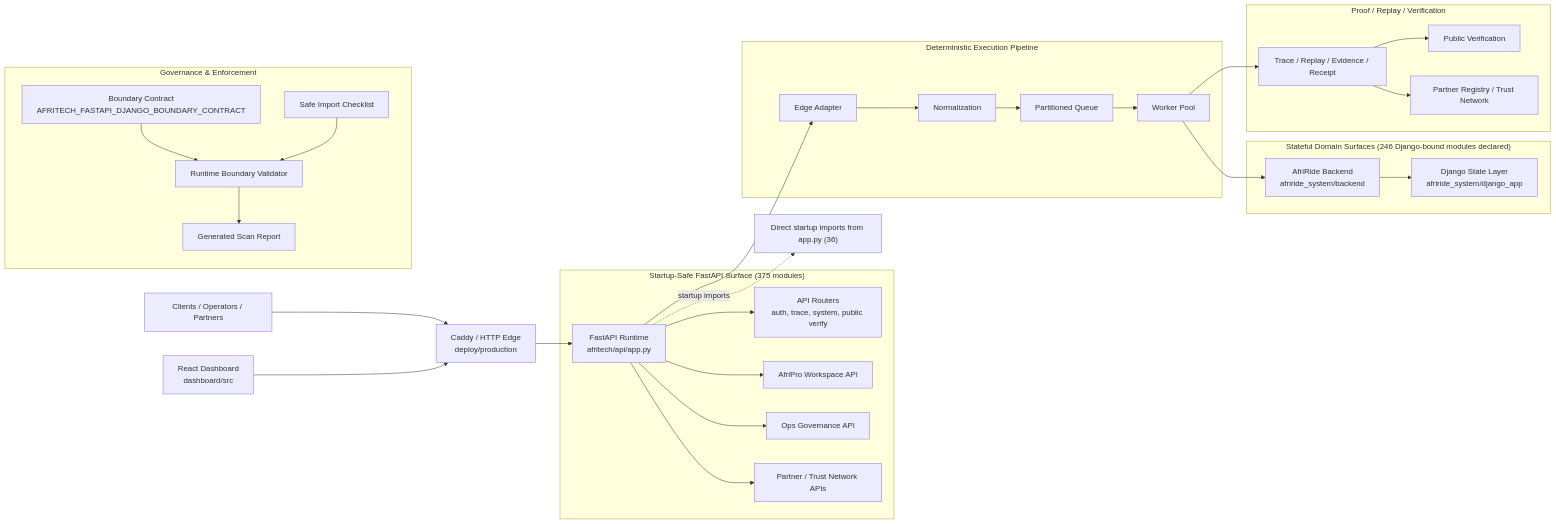
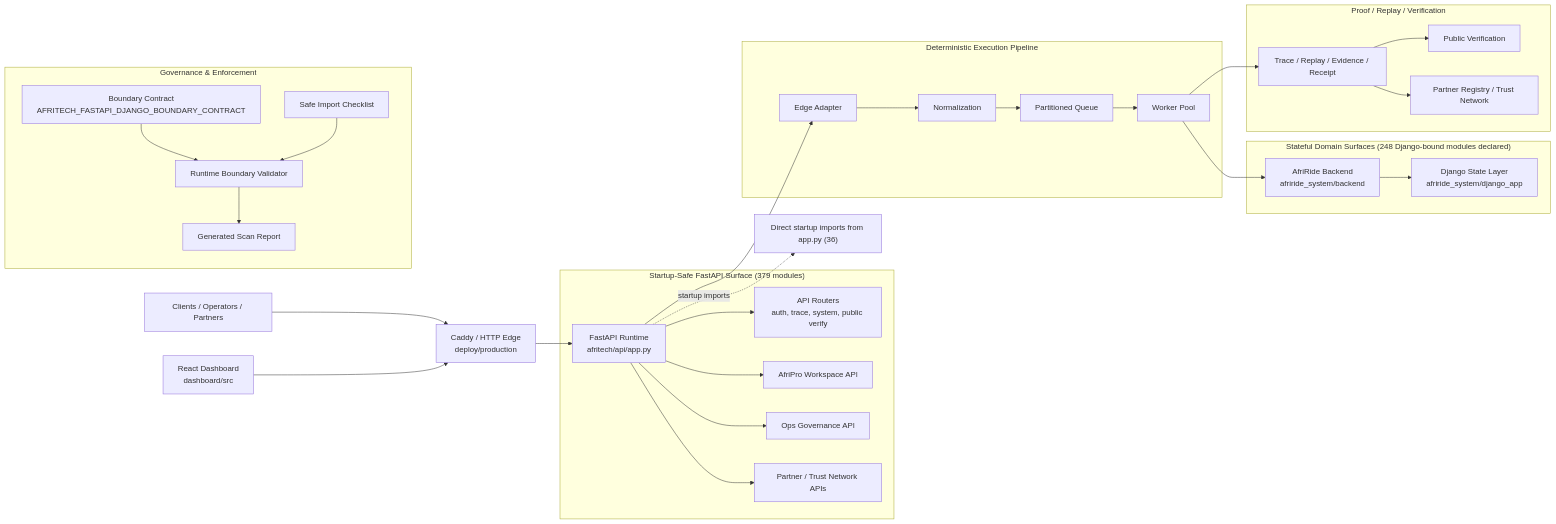
Before and after one commit to Strelly2023/afritelematics: the first of 2 diagrams in docs/architecture/AFRITECH_FULL_ARCHITECTURE_GRAPH.md, drawn with Mermaid. The commit also changed other lines of this file and 17 other files, not shown here.

````diff
--- a/docs/architecture/AFRITECH_FULL_ARCHITECTURE_GRAPH.md
+++ b/docs/architecture/AFRITECH_FULL_ARCHITECTURE_GRAPH.md
@@ -22,39 +22,39 @@
 ```mermaid
 flowchart LR
     Client["Clients / Operators / Partners"] --> Edge["Caddy / HTTP Edge\ndeploy/production"]
     Dashboard["React Dashboard\ndashboard/src"] --> Edge
     Edge --> App["FastAPI Runtime\nafritech/api/app.py"]
 
-    subgraph FastAPI["Startup-Safe FastAPI Surface (375 modules)"]
+    subgraph FastAPI["Startup-Safe FastAPI Surface (379 modules)"]
         App --> Api["API Routers\nauth, trace, system, public verify"]
         App --> Workspace["AfriPro Workspace API"]
         App --> Governance["Ops Governance API"]
         App --> Trust["Partner / Trust Network APIs"]
     end
 
     subgraph Pipeline["Deterministic Execution Pipeline"]
         App --> Adapt["Edge Adapter"]
         Adapt --> Normalize["Normalization"]
         Normalize --> Queue["Partitioned Queue"]
         Queue --> Worker["Worker Pool"]
     end
 
-    subgraph State["Stateful Domain Surfaces (246 Django-bound modules declared)"]
+    subgraph State["Stateful Domain Surfaces (248 Django-bound modules declared)"]
         Worker --> Domain["AfriRide Backend\nafriride_system/backend"]
         Domain --> Django["Django State Layer\nafriride_system/django_app"]
     end
 
     subgraph Proof["Proof / Replay / Verification"]
         Worker --> Trace["Trace / Replay / Evidence / Receipt"]
         Trace --> Public["Public Verification"]
         Trace --> Registry["Partner Registry / Trust Network"]
     end
 
     subgraph GovernancePlane["Governance & Enforcement"]
         Contract["Boundary Contract\nAFRITECH_FASTAPI_DJANGO_BOUNDARY_CONTRACT"] --> Validator["Runtime Boundary Validator"]
         Checklist["Safe Import Checklist"] --> Validator
         Validator --> Review["Generated Scan Report"]
     end
 
     App -. startup imports .-> Imports["Direct startup imports from app.py (36)"]
 ```
````
